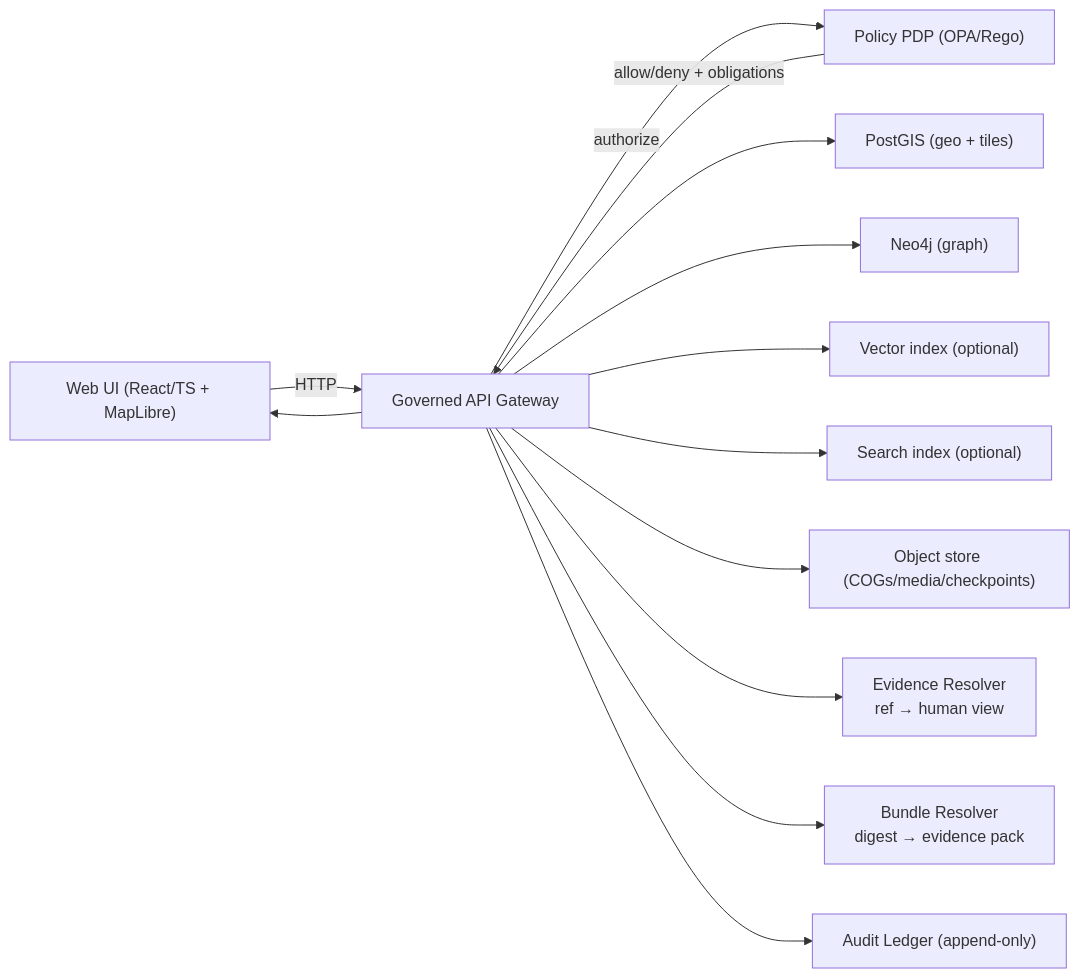
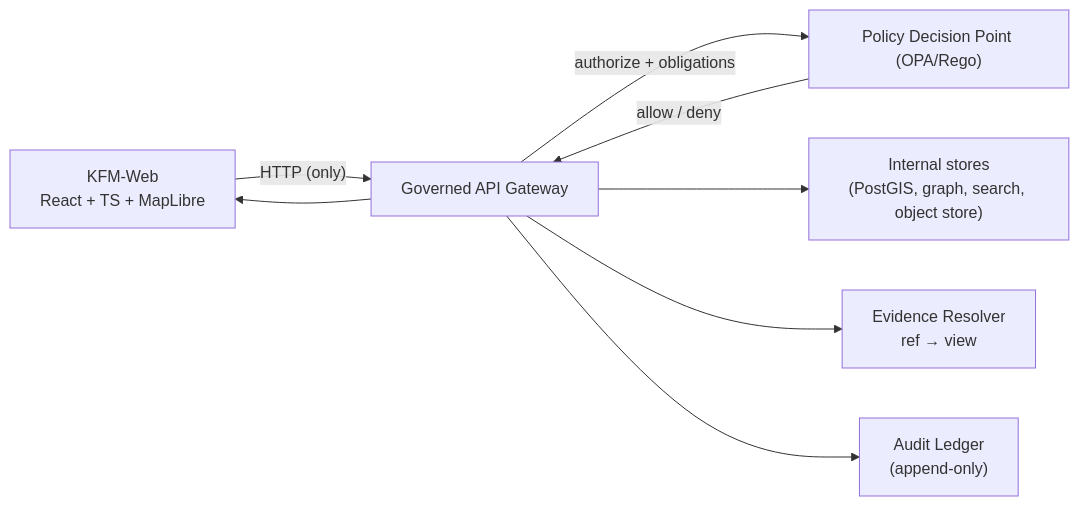
One commit to bartytime4life/Kansas-Frontier-Matrix changed the diagram in web/README.md. Above: the diagram before and after it, drawn with Mermaid. The commit also changed other lines of this file, not shown here.

````diff
--- a/web/README.md
+++ b/web/README.md
@@ -187,18 +146,12 @@
 ```mermaid
 flowchart LR
-  UI["Web UI (React/TS + MapLibre)"] -->|"HTTP"| API["Governed API Gateway"]
-  API -->|"authorize"| OPA["Policy PDP (OPA/Rego)"]
-  OPA -->|"allow/deny + obligations"| API
+  UI["KFM-Web<br/>React + TS + MapLibre"] -->|"HTTP (only)"| API["Governed API Gateway"]
+  API -->|"authorize + obligations"| PDP["Policy Decision Point (OPA/Rego)"]
+  PDP -->|"allow / deny"| API
 
-  API --> PG["PostGIS (geo + tiles)"]
-  API --> N4J["Neo4j (graph)"]
-  API --> VEC["Vector index (optional)"]
-  API --> SRCH["Search index (optional)"]
-  API --> OBJ["Object store (COGs/media/checkpoints)"]
-
-  API --> EV["Evidence Resolver<br/>ref → human view"]
-  API --> BND["Bundle Resolver<br/>digest → evidence pack"]
-  API --> AUD["Audit Ledger (append-only)"]
+  API --> STORES["Internal stores<br/>(PostGIS, graph, search, object store)"]
+  API --> EV["Evidence Resolver<br/>ref → view"]
+  API --> AUD["Audit Ledger<br/>(append-only)"]
 
   API --> UI
 ```
````
